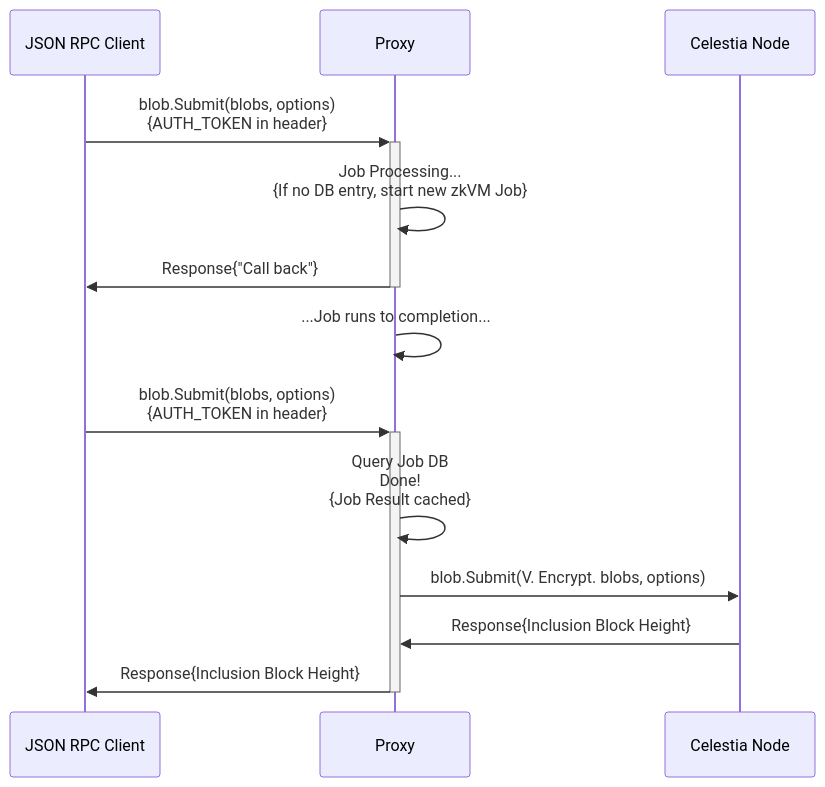
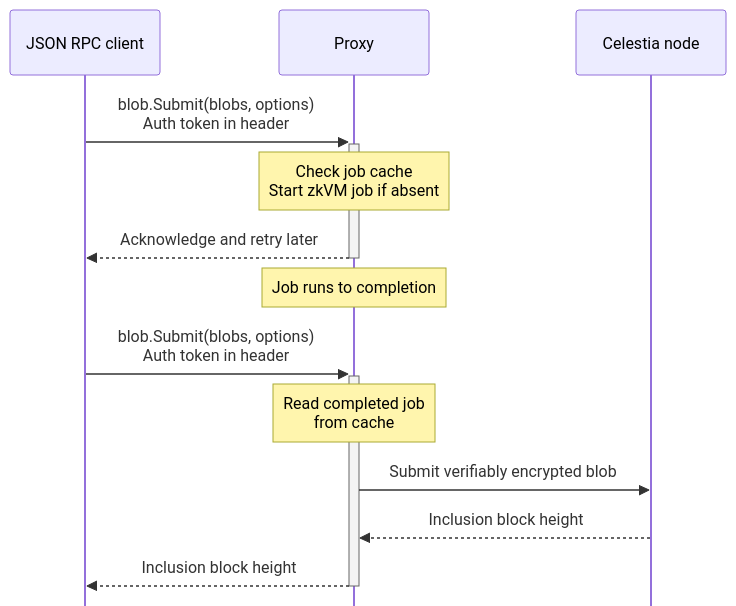
The first of 2 diagrams in app/build/private-blockspace/about/page.mdx (celestiaorg/docs), drawn with Mermaid before and after one commit. The commit also changed other lines of this file and 3 other files, not shown here.

First line of the commit message:
docs: improve diagram layout and readability (#2662)

````diff
--- a/app/build/private-blockspace/about/page.mdx
+++ b/app/build/private-blockspace/about/page.mdx
@@ -25,15 +25,22 @@
 ```mermaid
+---
+config:
+  sequence:
+    mirrorActors: false
+    useMaxWidth: false
+---
 sequenceDiagram
-    participant JSON RPC Client
+    participant Client as JSON RPC client
     participant Proxy
-    participant Celestia Node
-    JSON RPC Client->>+Proxy: blob.Submit(blobs, options)<br>{AUTH_TOKEN in header}
-    Proxy->>Proxy: Job Processing...<br>{If no DB entry, start new zkVM Job}
-    Proxy->>-JSON RPC Client: Response{"Call back"}
-    Proxy->>Proxy: ...Job runs to completion...
-    JSON RPC Client->>+Proxy:  blob.Submit(blobs, options)<br>{AUTH_TOKEN in header}
-    Proxy->>Proxy: Query Job DB<br>Done!<br>{Job Result cached}
-    Proxy->>Celestia Node: blob.Submit(V. Encrypt. blobs, options)
-    Celestia Node->>Proxy: Response{Inclusion Block Height}
-    Proxy->>-JSON RPC Client: Response{Inclusion Block Height}
+    participant Node as Celestia node
+
+    Client->>+Proxy: blob.Submit(blobs, options)<br/>Auth token in header
+    Note over Proxy: Check job cache<br/>Start zkVM job if absent
+    Proxy-->>-Client: Acknowledge and retry later
+    Note over Proxy: Job runs to completion
+    Client->>+Proxy: blob.Submit(blobs, options)<br/>Auth token in header
+    Note over Proxy: Read completed job<br/>from cache
+    Proxy->>Node: Submit verifiably encrypted blob
+    Node-->>Proxy: Inclusion block height
+    Proxy-->>-Client: Inclusion block height
 ```
````
